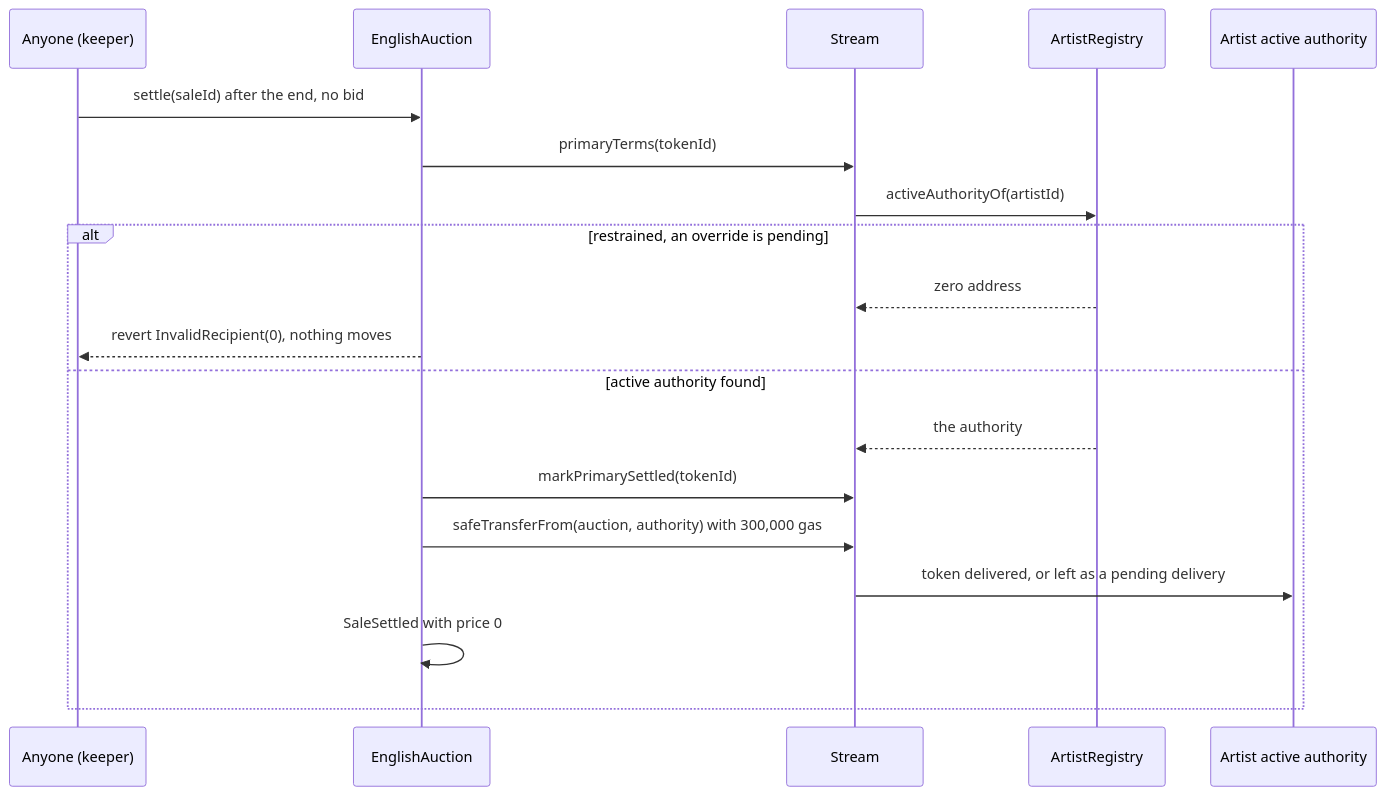
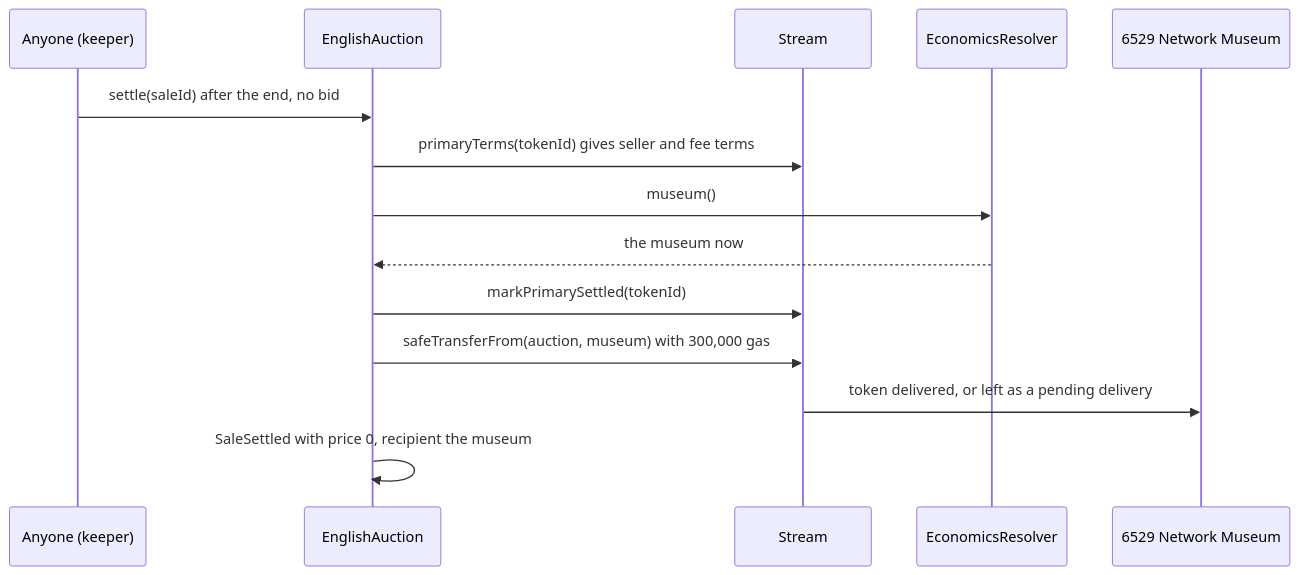
The seventh of 11 diagrams in docs/spec/stream-and-auctions.md (6529-Collections/6529-works), drawn with Mermaid before and after one commit. The commit also changed other lines of this file and 55 other files, not shown here.

First line of the commit message:
rc.2 L4: the museum rule (D140): unbid 6529 Stream 1/1s go to the 6529 Network Museum (#75)

````diff
--- a/docs/spec/stream-and-auctions.md
+++ b/docs/spec/stream-and-auctions.md
@@ -380,21 +390,16 @@
 ```mermaid
 sequenceDiagram
     participant Keeper as Anyone (keeper)
     participant Auction as EnglishAuction
     participant Stream as Stream
-    participant Artists as ArtistRegistry
-    participant Artist as Artist active authority
+    participant Resolver as EconomicsResolver
+    participant Museum as 6529 Network Museum
     Keeper->>Auction: settle(saleId) after the end, no bid
-    Auction->>Stream: primaryTerms(tokenId)
-    Stream->>Artists: activeAuthorityOf(artistId)
-    alt restrained, an override is pending
-        Artists-->>Stream: zero address
-        Auction-->>Keeper: revert InvalidRecipient(0), nothing moves
-    else active authority found
-        Artists-->>Stream: the authority
-        Auction->>Stream: markPrimarySettled(tokenId)
-        Auction->>Stream: safeTransferFrom(auction, authority) with 300,000 gas
-        Stream->>Artist: token delivered, or left as a pending delivery
-        Auction->>Auction: SaleSettled with price 0
-    end
+    Auction->>Stream: primaryTerms(tokenId) gives seller and fee terms
+    Auction->>Resolver: museum()
+    Resolver-->>Auction: the museum now
+    Auction->>Stream: markPrimarySettled(tokenId)
+    Auction->>Stream: safeTransferFrom(auction, museum) with 300,000 gas
+    Stream->>Museum: token delivered, or left as a pending delivery
+    Auction->>Auction: SaleSettled with price 0, recipient the museum
 ```
````
